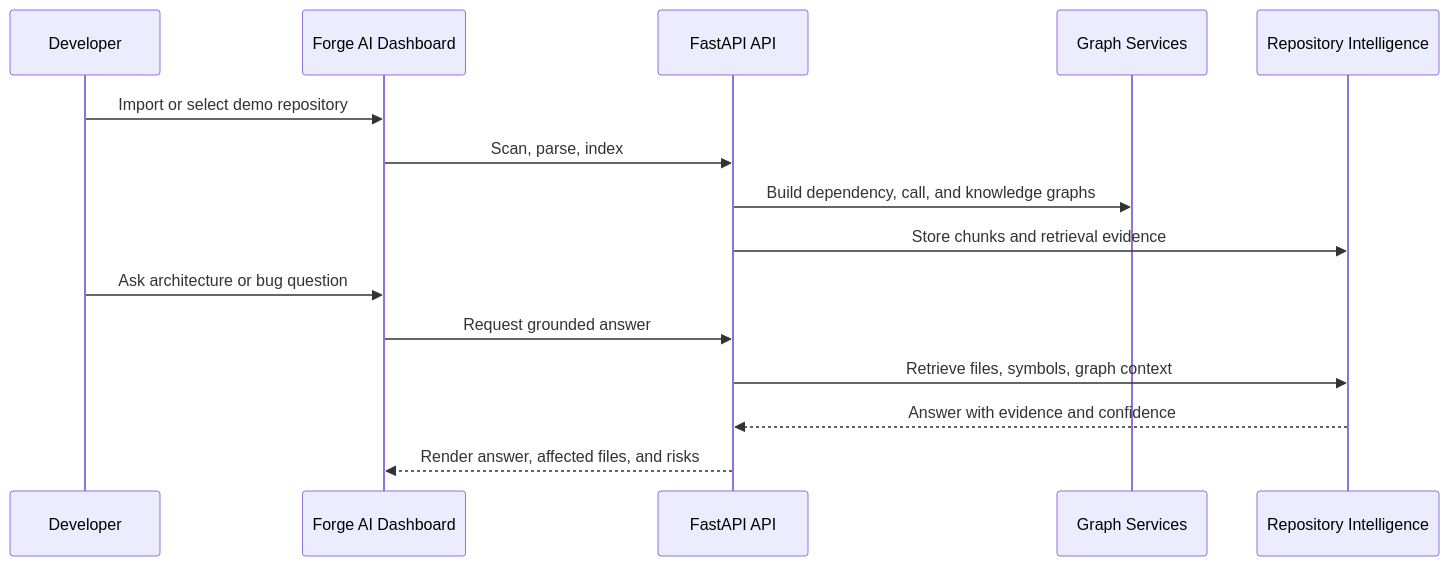
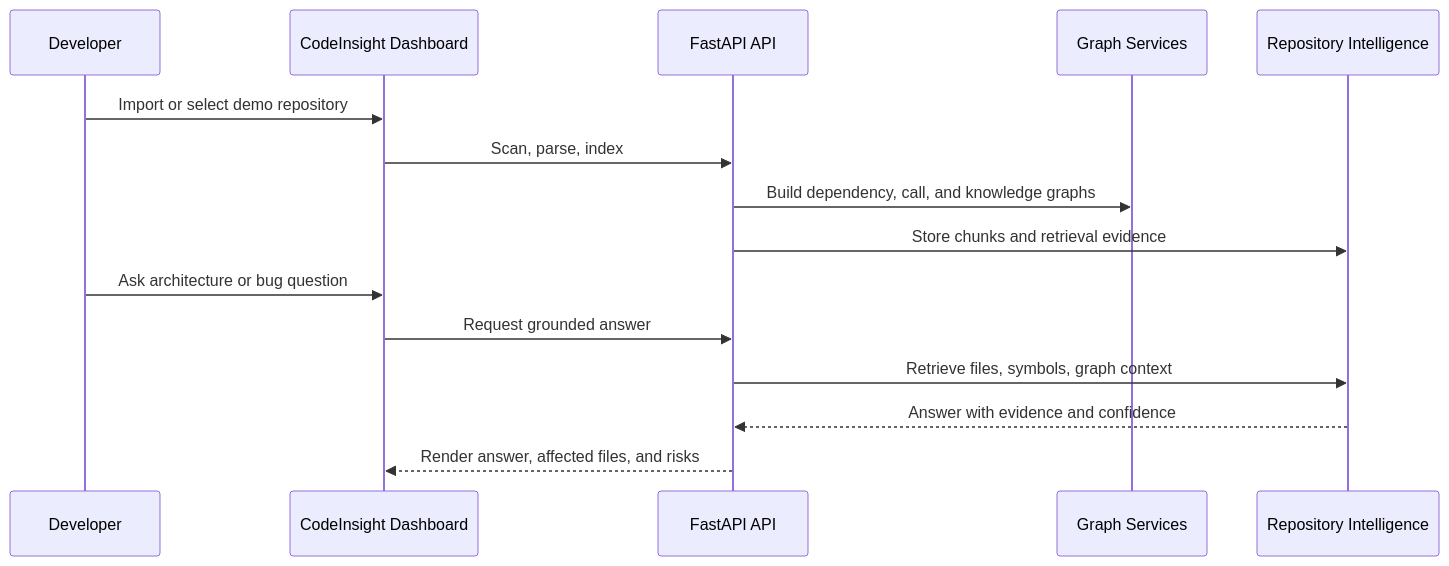
One commit to hemv-857/Codeinsight changed the third of 3 diagrams in docs/architecture-diagrams.md. Above: the diagram before and after it, drawn with Mermaid. The commit also changed other lines of this file and 130 other files, not shown here.

Commit message:
Polish CodeInsight release

````diff
--- a/docs/architecture-diagrams.md
+++ b/docs/architecture-diagrams.md
@@ -45,18 +45,18 @@
 ```mermaid
 sequenceDiagram
   participant Dev as Developer
-  participant UI as Forge AI Dashboard
+  participant UI as CodeInsight Dashboard
   participant API as FastAPI API
   participant Graph as Graph Services
   participant AI as Repository Intelligence
 
   Dev->>UI: Import or select demo repository
   UI->>API: Scan, parse, index
   API->>Graph: Build dependency, call, and knowledge graphs
   API->>AI: Store chunks and retrieval evidence
   Dev->>UI: Ask architecture or bug question
   UI->>API: Request grounded answer
   API->>AI: Retrieve files, symbols, graph context
   AI-->>API: Answer with evidence and confidence
   API-->>UI: Render answer, affected files, and risks
 ```
````
